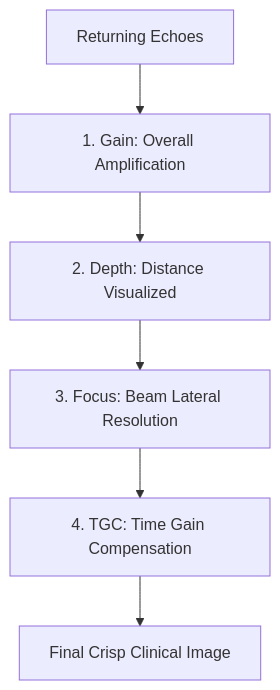
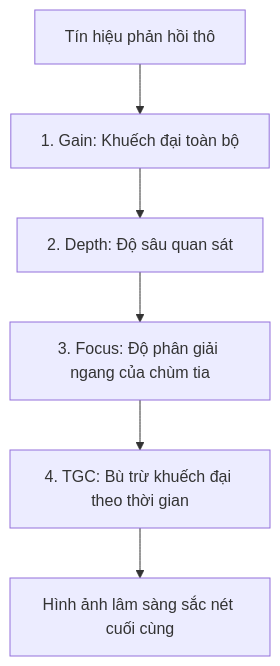
Before and after one commit to MedPocket/ultraso: the diagram in docs/02-scanning/knobology.mdx, drawn with Mermaid. The commit also changed other lines of this file and 6 other files, not shown here.

````diff
--- a/docs/02-scanning/knobology.mdx
+++ b/docs/02-scanning/knobology.mdx
@@ -12,8 +12,8 @@
 ```mermaid
 flowchart TD
-  RawEchoes[Returning Echoes] --> PreAmplifier[1. Gain: Overall Amplification]
-  PreAmplifier --> DepthComp[2. Depth: Distance Visualized]
-  DepthComp --> Focus[3. Focus: Beam Lateral Resolution]
-  Focus --> TGC[4. TGC: Time Gain Compensation]
-  TGC --> DiagnosticImage[Final Crisp Clinical Image]
+  RawEchoes[Tín hiệu phản hồi thô] --> PreAmplifier[1. Gain: Khuếch đại toàn bộ]
+  PreAmplifier --> DepthComp[2. Depth: Độ sâu quan sát]
+  DepthComp --> Focus[3. Focus: Độ phân giải ngang của chùm tia]
+  Focus --> TGC[4. TGC: Bù trừ khuếch đại theo thời gian]
+  TGC --> DiagnosticImage[Hình ảnh lâm sàng sắc nét cuối cùng]
 ```
````
